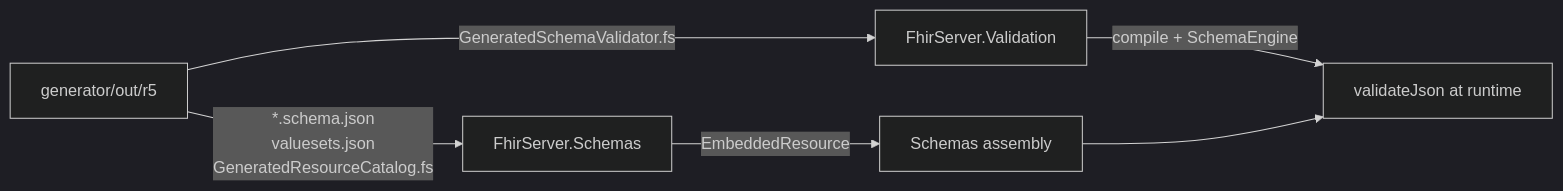
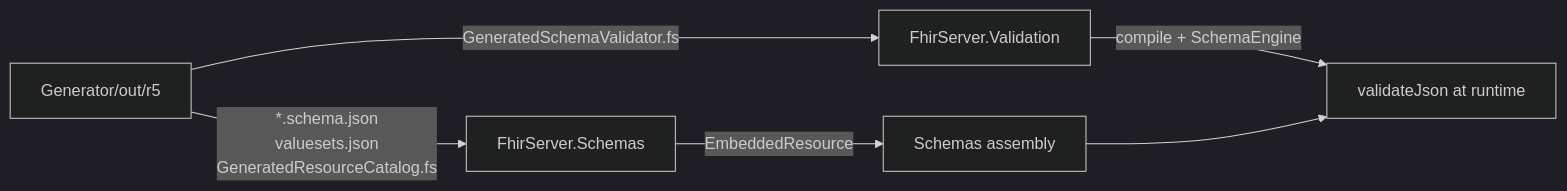
Before and after one commit to jaumeCloquellCapo/fhir: the fifth of 5 diagrams in Generator/README.md, drawn with Mermaid (dark theme). The commit also changed other lines of this file and 12 other files, not shown here.

````diff
--- a/Generator/README.md
+++ b/Generator/README.md
@@ -189,11 +189,11 @@
 ```mermaid
 flowchart LR
-  OUT["generator/out/r5"]
+  OUT["Generator/out/r5"]
 
   OUT -->|"*.schema.json<br/>valuesets.json<br/>GeneratedResourceCatalog.fs"| S["FhirServer.Schemas"]
   OUT -->|"GeneratedSchemaValidator.fs"| V["FhirServer.Validation"]
 
   S -->|"EmbeddedResource"| ASM["Schemas assembly"]
   V -->|"compile + SchemaEngine"| ENG["validateJson at runtime"]
   ASM --> ENG
 ```
````
